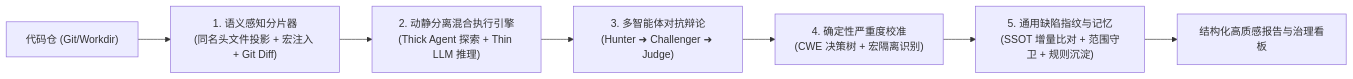
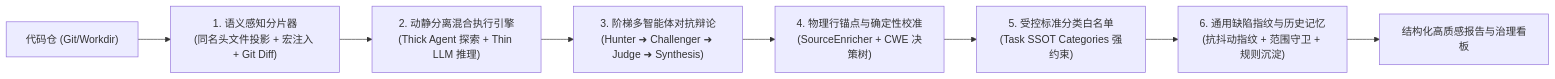
The first of 2 diagrams in docs/CodeShield-智能扫描引擎与任务配置使用手册.md (fugui/code-shield), drawn with Mermaid before and after one commit. The commit also changed other lines of this file, not shown here.

````diff
--- a/docs/CodeShield-智能扫描引擎与任务配置使用手册.md
+++ b/docs/CodeShield-智能扫描引擎与任务配置使用手册.md
@@ -34,9 +41,10 @@
 ```mermaid
 flowchart LR
     A["代码仓 (Git/Workdir)"] --> B["1. 语义感知分片器\n(同名头文件投影 + 宏注入 + Git Diff)"]
     B --> C["2. 动静分离混合执行引擎\n(Thick Agent 探索 + Thin LLM 推理)"]
-    C --> D["3. 多智能体对抗辩论\n(Hunter ➜ Challenger ➜ Judge)"]
-    D --> E["4. 确定性严重度校准\n(CWE 决策树 + 宏隔离识别)"]
-    E --> F["5. 通用缺陷指纹与记忆\n(SSOT 增量比对 + 范围守卫 + 规则沉淀)"]
-    F --> G["结构化高质感报告与治理看板"]
+    C --> D["3. 阶梯多智能体对抗辩论\n(Hunter ➜ Challenger ➜ Judge ➜ Synthesis)"]
+    D --> E["4. 物理行锚点与确定性校准\n(SourceEnricher + CWE 决策树)"]
+    E --> F["5. 受控标准分类白名单\n(Task SSOT Categories 强约束)"]
+    F --> G["6. 通用缺陷指纹与历史记忆\n(抗抖动指纹 + 范围守卫 + 规则沉淀)"]
+    G --> H["结构化高质感报告与治理看板"]
 ```
````
